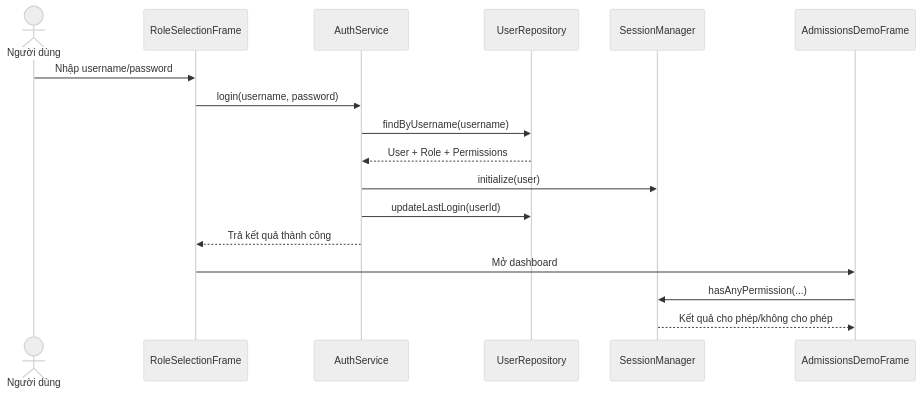
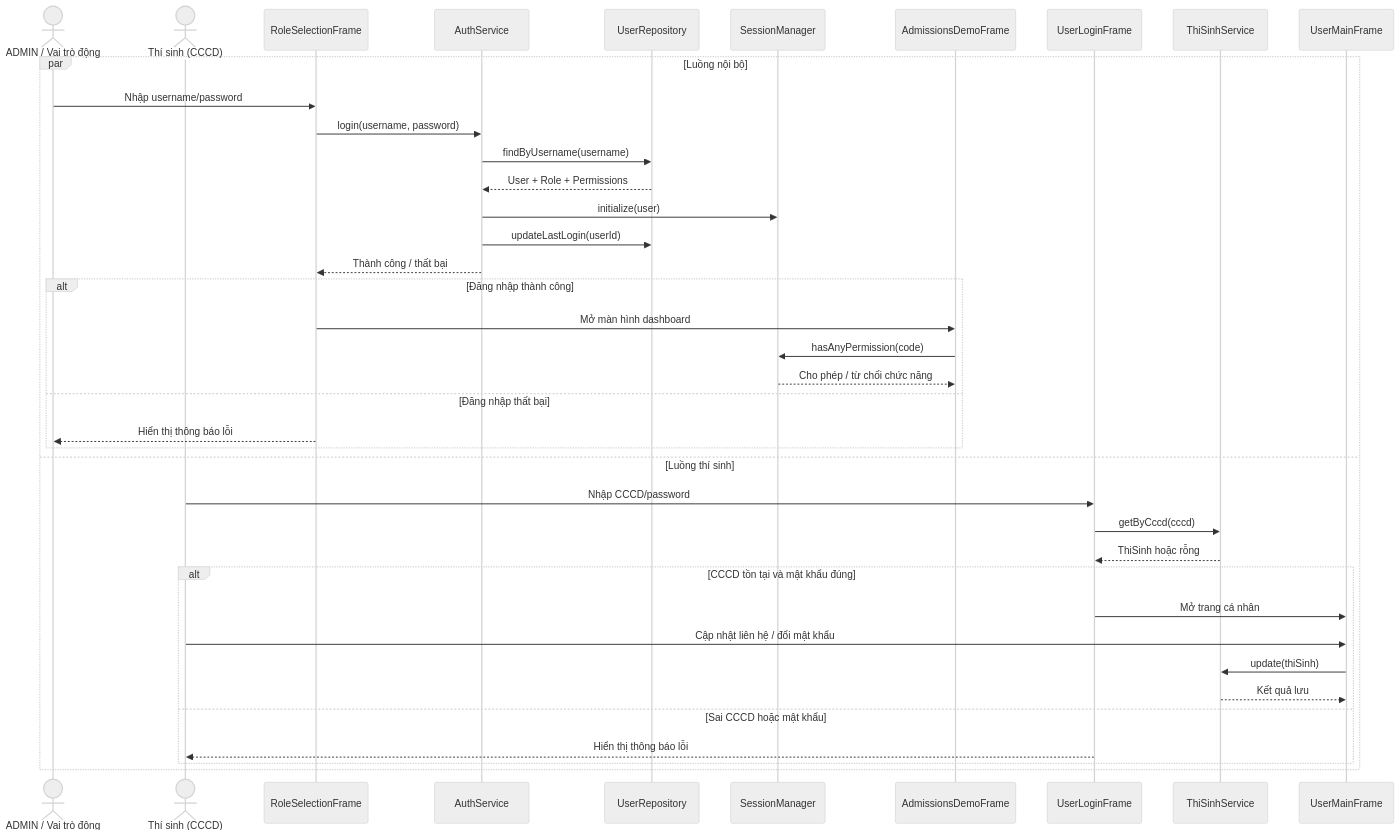
The third of 4 diagrams in docs/prd.md (HaoWasabi/TuVanTuyenSinh), drawn with Mermaid (neutral theme) before and after one commit. The commit also changed other lines of this file and 7 other files, not shown here.

Commit message:
docs: add new images and update prd with use case and activity diagrams

````diff
--- a/docs/prd.md
+++ b/docs/prd.md
@@ -159,20 +189,46 @@
 ```mermaid
 sequenceDiagram
-    actor User as Người dùng
-    participant UI as RoleSelectionFrame
-    participant Auth as AuthService
-    participant Repo as UserRepository
-    participant Session as SessionManager
-    participant App as AdmissionsDemoFrame
+  actor InternalUser as ADMIN / Vai trò động
+  actor Candidate as Thí sinh (CCCD)
 
-    User->>UI: Nhập username/password
-    UI->>Auth: login(username, password)
-    Auth->>Repo: findByUsername(username)
-    Repo-->>Auth: User + Role + Permissions
+  participant RoleUI as RoleSelectionFrame
+  participant Auth as AuthService
+  participant UserRepo as UserRepository
+  participant Session as SessionManager
+  participant Dashboard as AdmissionsDemoFrame
+
+  participant CandidateUI as UserLoginFrame
+  participant ThiSinhSvc as ThiSinhService
+  participant CandidateFrame as UserMainFrame
+
+  par Luồng nội bộ
+    InternalUser->>RoleUI: Nhập username/password
+    RoleUI->>Auth: login(username, password)
+    Auth->>UserRepo: findByUsername(username)
+    UserRepo-->>Auth: User + Role + Permissions
     Auth->>Session: initialize(user)
-    Auth->>Repo: updateLastLogin(userId)
-    Auth-->>UI: Trả kết quả thành công
-    UI->>App: Mở dashboard
-    App->>Session: hasAnyPermission(...)
-    Session-->>App: Kết quả cho phép/không cho phép
+    Auth->>UserRepo: updateLastLogin(userId)
+    Auth-->>RoleUI: Thành công / thất bại
+
+    alt Đăng nhập thành công
+      RoleUI->>Dashboard: Mở màn hình dashboard
+      Dashboard->>Session: hasAnyPermission(code)
+      Session-->>Dashboard: Cho phép / từ chối chức năng
+    else Đăng nhập thất bại
+      RoleUI-->>InternalUser: Hiển thị thông báo lỗi
+    end
+  and Luồng thí sinh
+    Candidate->>CandidateUI: Nhập CCCD/password
+    CandidateUI->>ThiSinhSvc: getByCccd(cccd)
+    ThiSinhSvc-->>CandidateUI: ThiSinh hoặc rỗng
+
+    alt CCCD tồn tại và mật khẩu đúng
+      CandidateUI->>CandidateFrame: Mở trang cá nhân
+      Candidate->>CandidateFrame: Cập nhật liên hệ / đổi mật khẩu
+      CandidateFrame->>ThiSinhSvc: update(thiSinh)
+      ThiSinhSvc-->>CandidateFrame: Kết quả lưu
+    else Sai CCCD hoặc mật khẩu
+      CandidateUI-->>Candidate: Hiển thị thông báo lỗi
+    end
+  end
 ```
````
